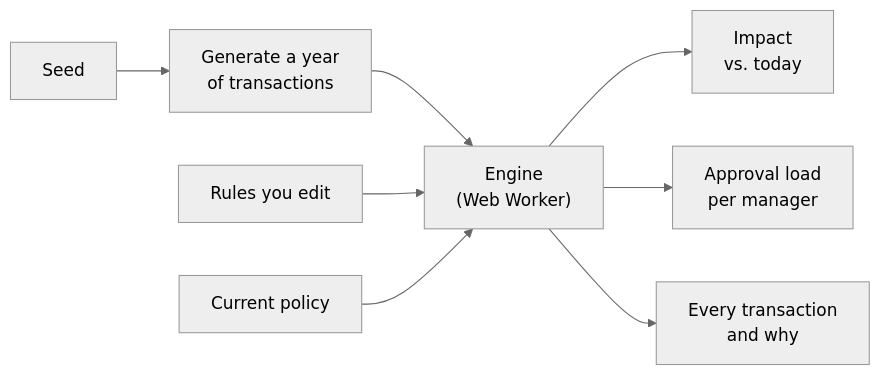
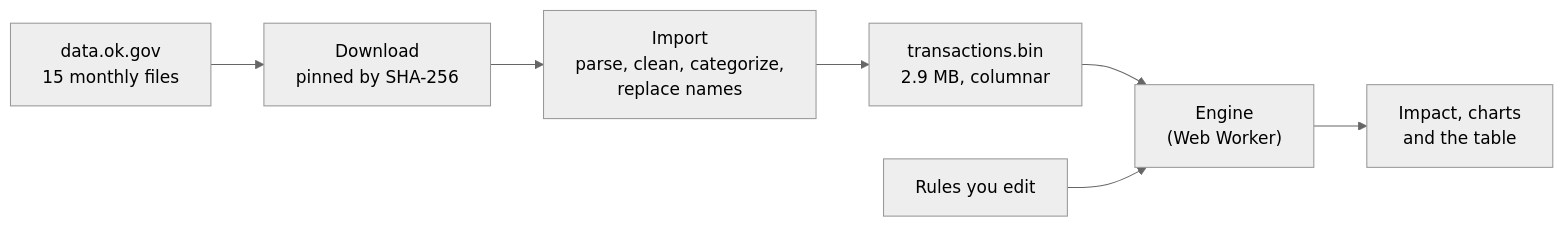
The first of 2 diagrams in README.md (pranavb1924/Dry-Run), drawn with Mermaid (neutral theme) before and after one commit. The commit also changed other lines of this file and 2 other files, not shown here.

First line of the commit message:
Rewrite the README for the real data and the finished app, and add Netlify config

````diff
--- a/README.md
+++ b/README.md
@@ -44,10 +68,9 @@
 ```mermaid
 flowchart LR
-  S["Seed"] --> G["Generate a year<br/>of transactions"]
-  G --> E["Engine<br/>(Web Worker)"]
-  R["Rules you edit"] --> E
-  C["Current policy"] --> E
-  E --> I["Impact<br/>vs. today"]
-  E --> A["Approval load<br/>per manager"]
-  E --> T["Every transaction<br/>and why"]
+  S["data.ok.gov<br/>15 monthly files"] --> D["Download<br/>pinned by SHA-256"]
+  D --> I["Import<br/>parse, clean, categorize,<br/>replace names"]
+  I --> F["transactions.bin<br/>2.9 MB, columnar"]
+  F --> W["Engine<br/>(Web Worker)"]
+  R["Rules you edit"] --> W
+  W --> P["Impact, charts<br/>and the table"]
 ```
````
